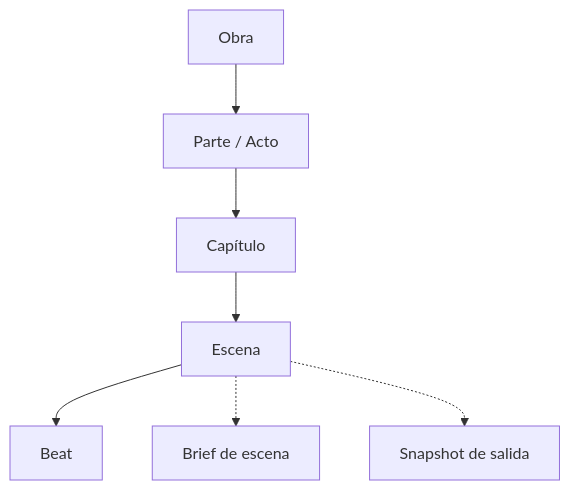
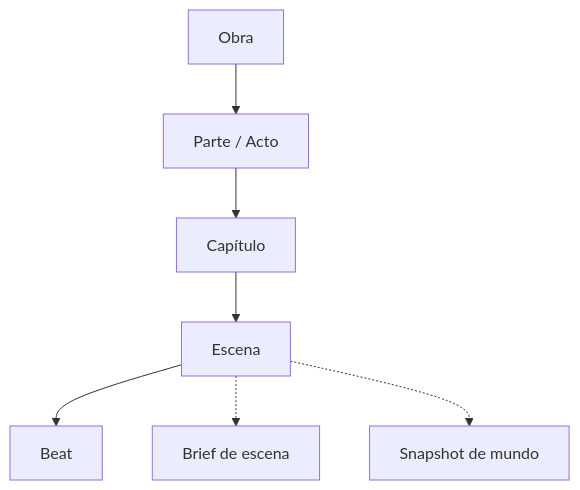
Before and after one commit to BrunoCrz3/MyStory: the fifth of 20 diagrams in docs/domain-knowledge.md, drawn with Mermaid. The commit also changed other lines of this file and 1 other file, not shown here.

````diff
--- a/docs/domain-knowledge.md
+++ b/docs/domain-knowledge.md
@@ -80,9 +81,9 @@
 ```mermaid
 flowchart TD
   O[Obra] --> P[Parte / Acto]
   P --> C[Capítulo]
   C --> E[Escena]
   E --> B[Beat]
   E -.-> BR[Brief de escena]
-  E -.-> SN[Snapshot de salida]
+  E -.-> SN[Snapshot de mundo]
 ```
````
